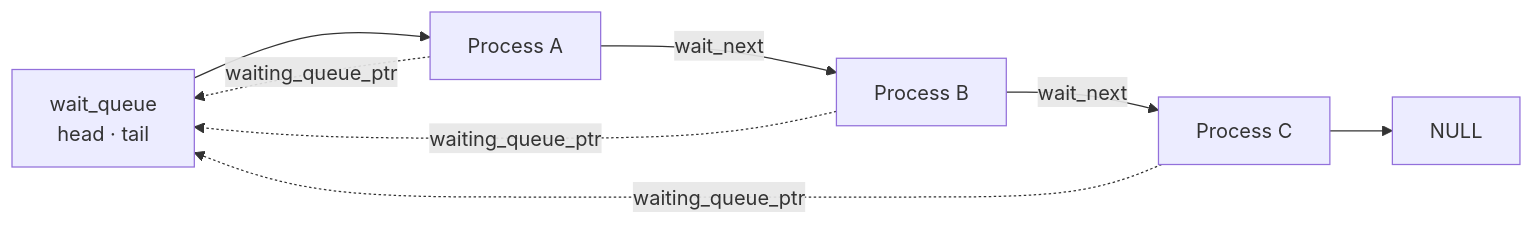
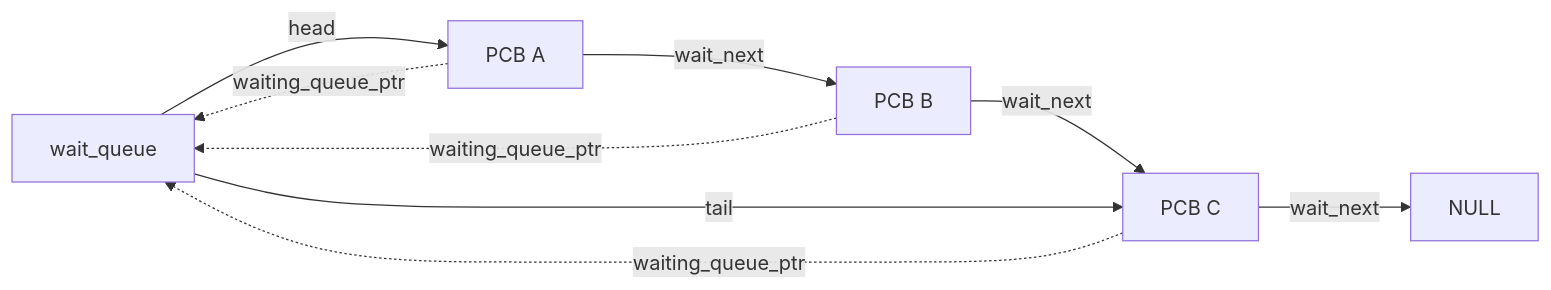
One commit to matthejue/Pico-OS_Presentation changed diagram 13 of 32 in slides.md. Above: the diagram before and after it, drawn with Mermaid. The commit also changed other lines of this file and 10 other files, not shown here.

Commit message:
updated the PicoOS presentation to follow the refreshed README structure and content Added visual zoom support, Mermaid rendering, presentation validation, and source review documentation Refreshed presentation styling, metadata, source snapshots, and contributor instructions

````diff
--- a/slides.md
+++ b/slides.md
@@ -1056,10 +1941,11 @@
-```mermaid {scale:0.86}
+```mermaid
 flowchart LR
-    Q["wait_queue<br/>head · tail"] --> A["Process A"]
-    A -->|wait_next| B["Process B"]
-    B -->|wait_next| C["Process C"]
-    C --> NULL
+    Q["wait_queue"] -->|head| A["PCB A"]
+    A -->|wait_next| B["PCB B"]
+    B -->|wait_next| C["PCB C"]
+    C -->|wait_next| N["NULL"]
+    Q -->|tail| C
     A -. waiting_queue_ptr .-> Q
     B -. waiting_queue_ptr .-> Q
     C -. waiting_queue_ptr .-> Q
 ```
````
